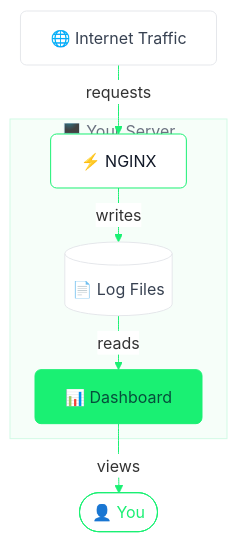
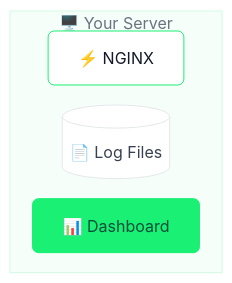
One commit to tom-draper/nginx-analytics changed the diagram in README.md. Above: the diagram before and after it, drawn with Mermaid.

Commit message:
docs: tweak mermaid diagram

````diff
--- a/README.md
+++ b/README.md
@@ -19,19 +19,14 @@
 ```mermaid
-%%{init: {'theme': 'base', 'themeVariables': {'lineColor': '#1af073', 'clusterBkg': '#f6fef9', 'clusterBorder': '#d1fae5', 'edgeLabelBackground': '#ffffff'}, 'flowchart': {'nodeSpacing': 30, 'rankSpacing': 30, 'diagramPadding': 8}}}%%
+%%{init: {'theme': 'base', 'themeVariables': {'clusterBkg': '#f6fef9', 'clusterBorder': '#d1fae5'}, 'flowchart': {'nodeSpacing': 20, 'rankSpacing': 20, 'diagramPadding': 8}}}%%
 flowchart TD
-    Traffic["🌐  Internet Traffic"] -->|requests| NGINX
-
     subgraph Server["🖥️  Your Server"]
-        NGINX["⚡ NGINX"] -->|writes| Logs[("📄 Log Files")]
-        Logs -->|reads| Dashboard["📊 Dashboard"]
+        NGINX["⚡ NGINX"]
+        Logs[("📄 Log Files")]
+        Dashboard["📊 Dashboard"]
     end
 
-    Dashboard -->|views| You(["👤 You"])
-
-    style Traffic   fill:#ffffff,stroke:#e5e7eb,color:#374151,rx:6,ry:6
     style NGINX     fill:#ffffff,stroke:#1af073,color:#111827,rx:6,ry:6
     style Logs      fill:#ffffff,stroke:#e5e7eb,color:#374151,rx:6,ry:6
     style Dashboard fill:#1af073,stroke:#1af073,color:#064e3b,rx:6,ry:6
-    style You       fill:#ffffff,stroke:#1af073,color:#1af073,rx:6,ry:6
     style Server    fill:#f6fef9,stroke:#d1fae5,color:#6b7280
 ```
````
